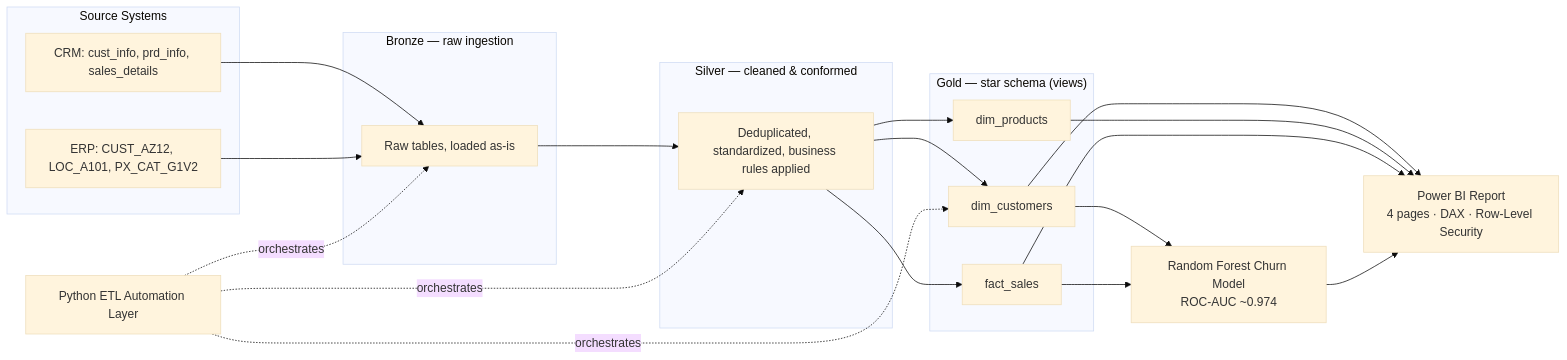
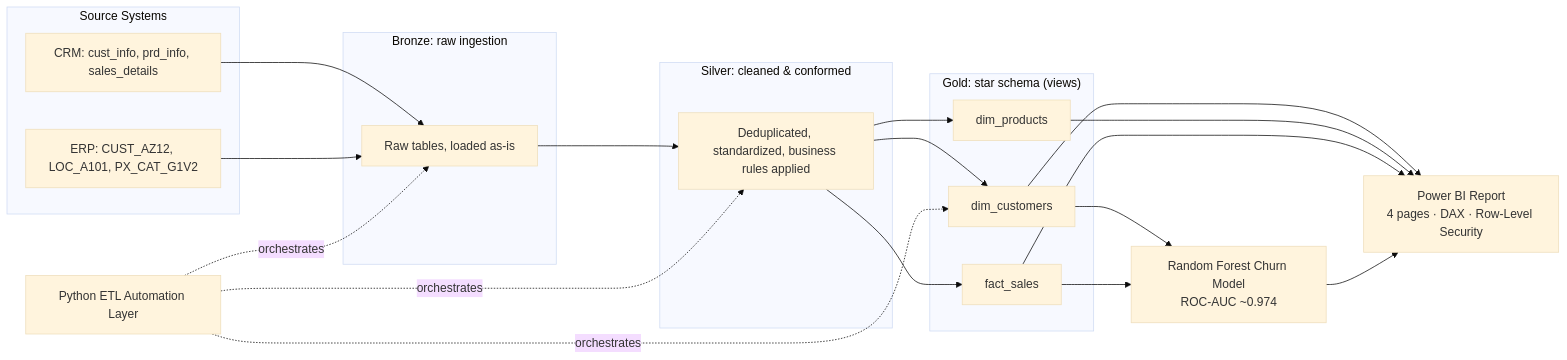
One commit to veda778/Data-Warehouse changed the diagram in README.md. Above: the diagram before and after it, drawn with Mermaid (base theme). The commit also changed other lines of this file, not shown here.

````diff
--- a/README.md
+++ b/README.md
@@ -30,41 +41,41 @@
 ```mermaid
 flowchart LR
     subgraph Sources["Source Systems"]
         A1["CRM: cust_info, prd_info, sales_details"]
         A2["ERP: CUST_AZ12, LOC_A101, PX_CAT_G1V2"]
     end
 
-    subgraph Bronze["Bronze — raw ingestion"]
+    subgraph Bronze["Bronze: raw ingestion"]
         B["Raw tables, loaded as-is"]
     end
 
-    subgraph Silver["Silver — cleaned & conformed"]
+    subgraph Silver["Silver: cleaned & conformed"]
         S["Deduplicated, standardized, business rules applied"]
     end
 
-    subgraph Gold["Gold — star schema (views)"]
+    subgraph Gold["Gold: star schema (views)"]
         G1["dim_customers"]
         G2["dim_products"]
         G3["fact_sales"]
     end
 
     P["Python ETL Automation Layer"]
-    M["Random Forest Churn Model\nROC-AUC ~0.974"]
-    R["Power BI Report\n4 pages · DAX · Row-Level Security"]
+    M["Random Forest Churn Model<br/>ROC-AUC ~0.974"]
+    R["Power BI Report<br/>4 pages · DAX · Row-Level Security"]
 
     A1 --> B
     A2 --> B
     B --> S
     S --> G1
     S --> G2
     S --> G3
     P -.orchestrates.-> B
     P -.orchestrates.-> S
     P -.orchestrates.-> G1
     G1 --> M
     G3 --> M
     G1 --> R
     G2 --> R
     G3 --> R
     M --> R
 ```
````
